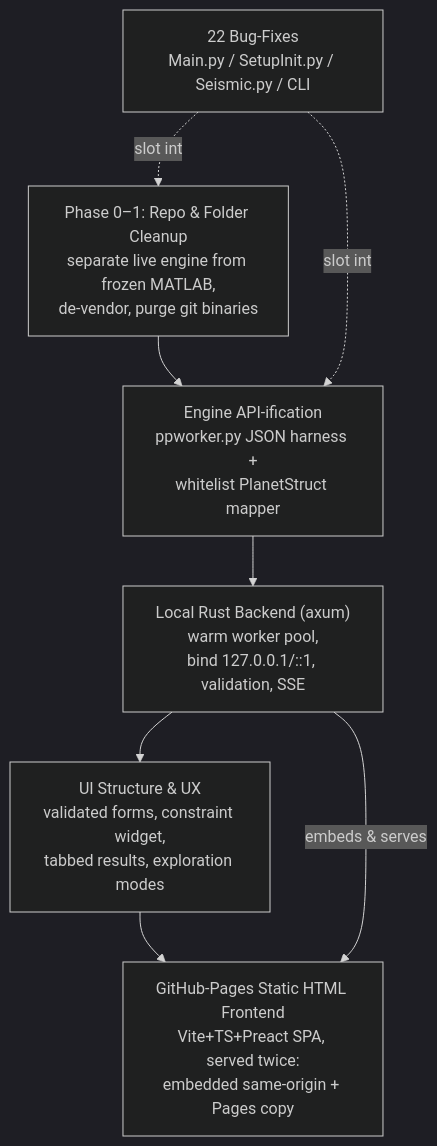
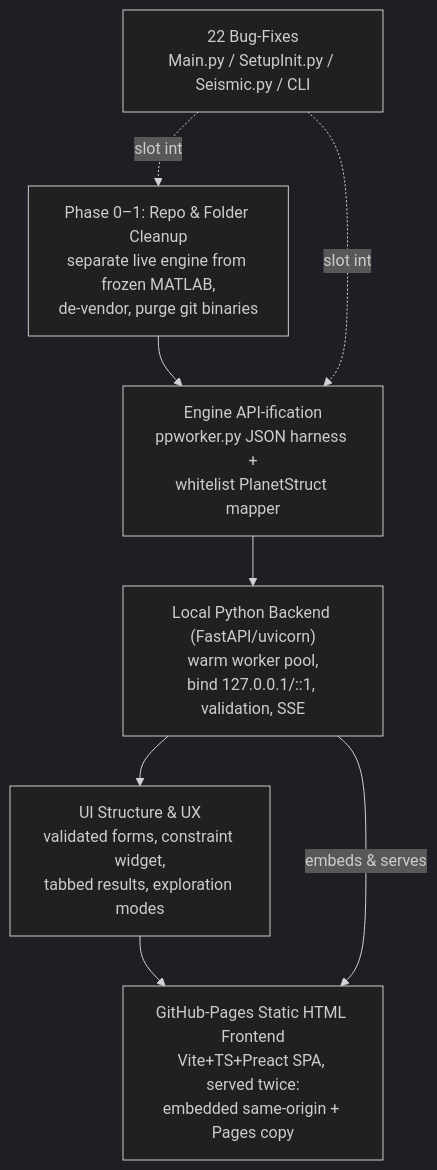
The first of 5 diagrams in docs/spec/MoonMelodies_Spec_and_Refactor.md (9LiveZZZ-Git/MoonMelodies), drawn with Mermaid (dark theme) before and after one commit. The commit also changed other lines of this file, not shown here.

First line of the commit message:
docs(spec): pivot backend from Rust to all-Python (FastAPI)

````diff
--- a/docs/spec/MoonMelodies_Spec_and_Refactor.md
+++ b/docs/spec/MoonMelodies_Spec_and_Refactor.md
@@ -63,10 +65,10 @@
 ```mermaid
 flowchart TD
     A["Phase 0–1: Repo & Folder Cleanup<br/>separate live engine from frozen MATLAB,<br/>de-vendor, purge git binaries"] --> B["Engine API-ification<br/>ppworker.py JSON harness +<br/>whitelist PlanetStruct mapper"]
     BUGS["22 Bug-Fixes<br/>Main.py / SetupInit.py / Seismic.py / CLI"] -.slot into.-> A
     BUGS -.slot into.-> B
-    B --> C["Local Rust Backend (axum)<br/>warm worker pool,<br/>bind 127.0.0.1/::1, validation, SSE"]
+    B --> C["Local Python Backend (FastAPI/uvicorn)<br/>warm worker pool,<br/>bind 127.0.0.1/::1, validation, SSE"]
     C --> D["UI Structure & UX<br/>validated forms, constraint widget,<br/>tabbed results, exploration modes"]
     D --> E["GitHub-Pages Static HTML Frontend<br/>Vite+TS+Preact SPA, served twice:<br/>embedded same-origin + Pages copy"]
     C -->|embeds & serves| E
 ```
````
